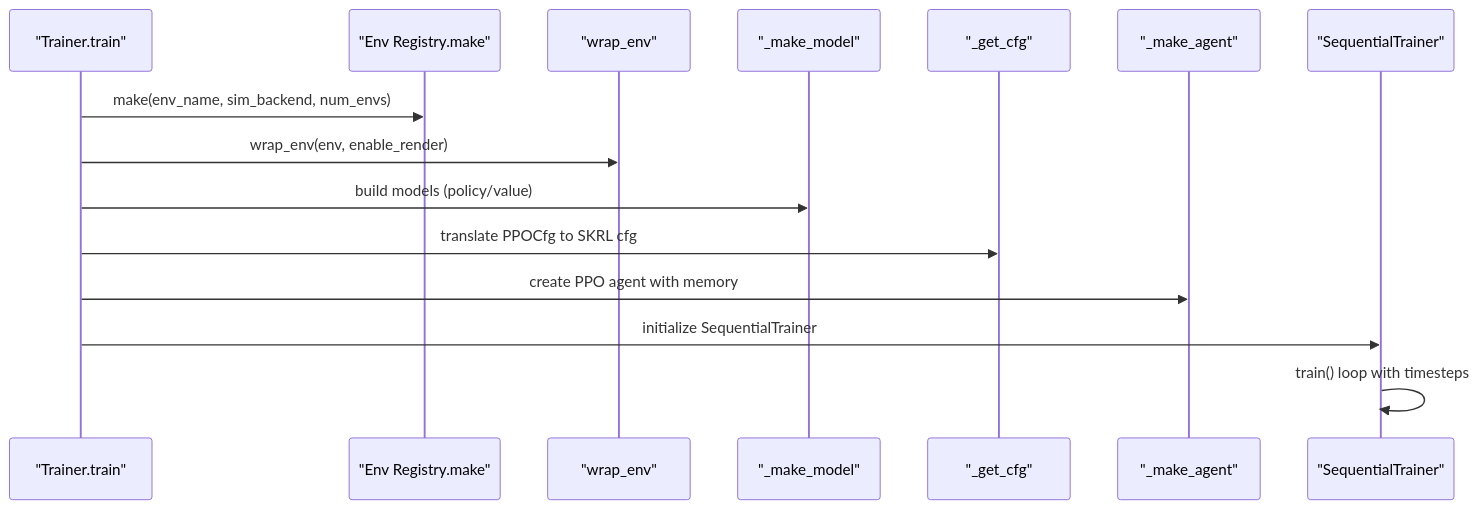
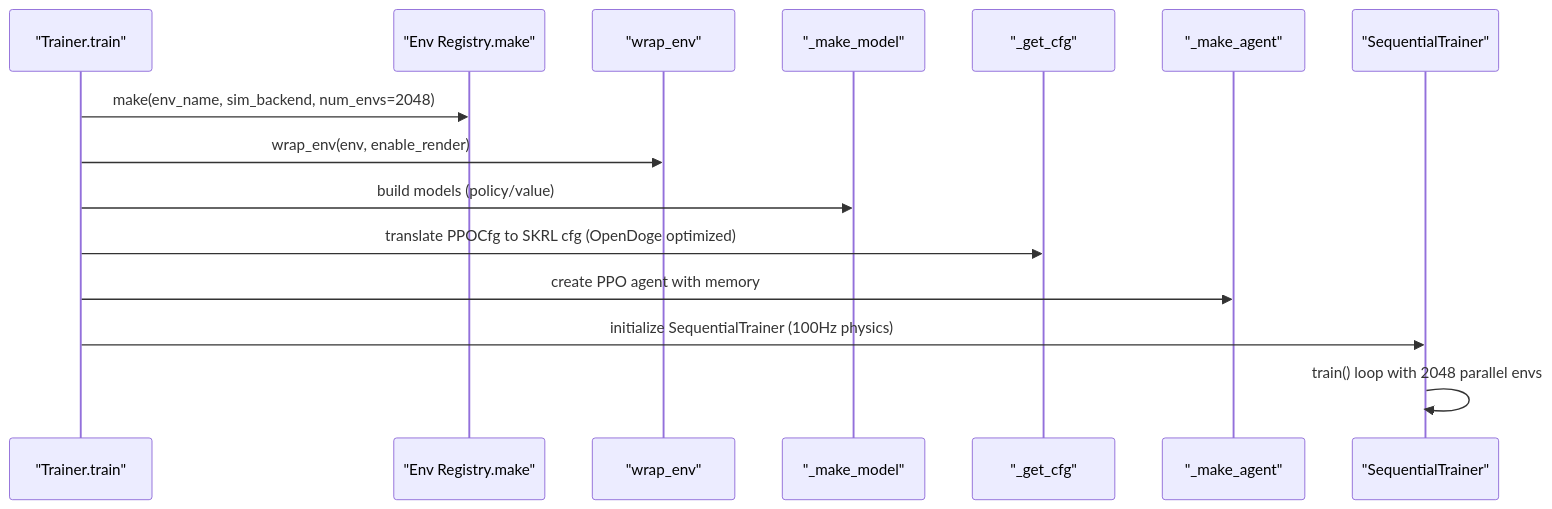
The sixth of 10 diagrams in .qoder/repowiki/en/content/Training Framework Integration/Training Framework Integration.md (jayjayhust/MotrixLab), drawn with Mermaid before and after one commit. The commit also changed other lines of this file and 8 other files, not shown here.

````diff
--- a/.qoder/repowiki/en/content/Training Framework Integration/Training Framework Integration.md
+++ b/.qoder/repowiki/en/content/Training Framework Integration/Training Framework Integration.md
@@ -286,17 +306,17 @@
 ```mermaid
 sequenceDiagram
 participant T as "Trainer.train"
 participant E as "Env Registry.make"
 participant W as "wrap_env"
 participant M as "_make_model"
 participant C as "_get_cfg"
 participant A as "_make_agent"
 participant ST as "SequentialTrainer"
-T->>E : make(env_name, sim_backend, num_envs)
+T->>E : make(env_name, sim_backend, num_envs=2048)
 T->>W : wrap_env(env, enable_render)
 T->>M : build models (policy/value)
-T->>C : translate PPOCfg to SKRL cfg
+T->>C : translate PPOCfg to SKRL cfg (OpenDoge optimized)
 T->>A : create PPO agent with memory
-T->>ST : initialize SequentialTrainer
-ST->>ST : train() loop with timesteps
+T->>ST : initialize SequentialTrainer (100Hz physics)
+ST->>ST : train() loop with 2048 parallel envs
 ```
````
